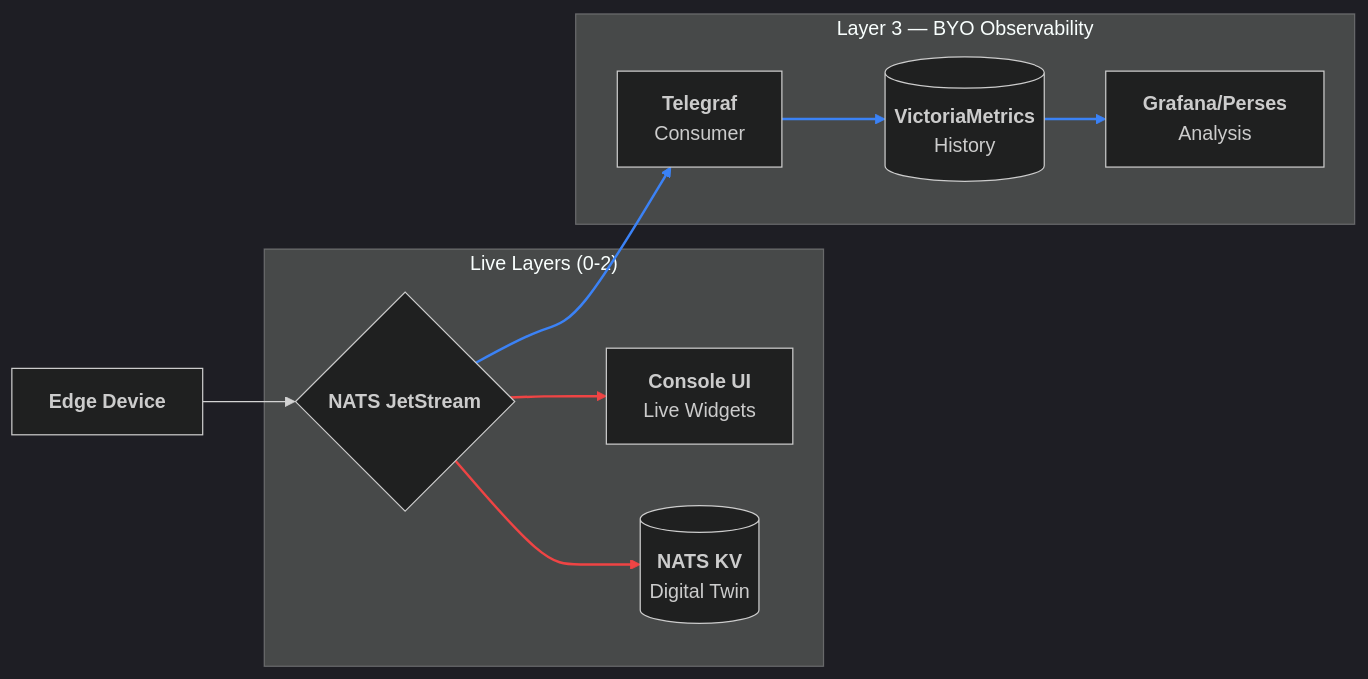
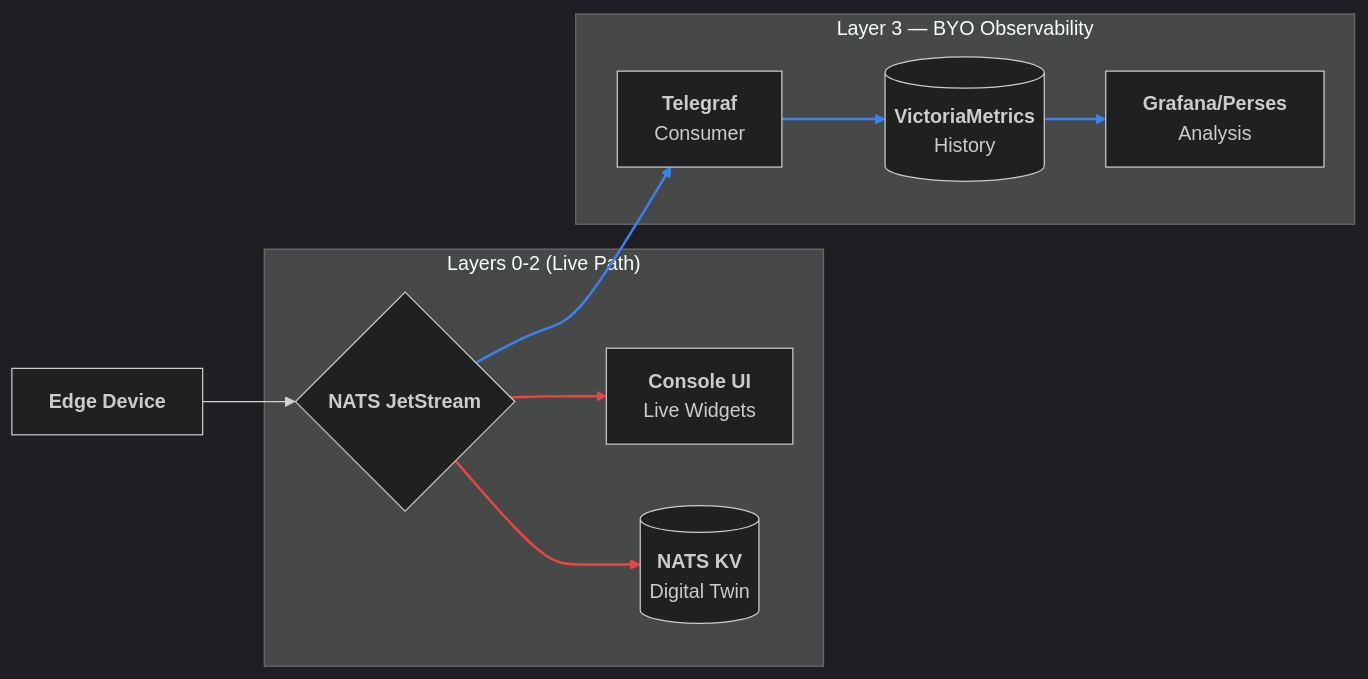
Before and after one commit to stone-age-io/platform-docs: the diagram in docs/observability.md, drawn with Mermaid (dark theme). The commit also changed other lines of this file and 10 other files, not shown here.

````diff
--- a/docs/observability.md
+++ b/docs/observability.md
@@ -67,40 +67,40 @@
 ```mermaid
 flowchart LR
     Source["<b>Edge Device</b>"] 
     
-    subgraph Platform ["Live Layers (0-2)"]
+    subgraph Platform ["Layers 0-2 (Live Path)"]
         Bus{"<b>NATS JetStream</b>"}
         UI["<b>Console UI</b><br/>Live Widgets"]
         KV[("<b>NATS KV</b><br/>Digital Twin")]
     end
 
     subgraph BYO ["Layer 3 — BYO Observability"]
         Telegraf["<b>Telegraf</b><br/>Consumer"]
         TSDB[("<b>VictoriaMetrics</b><br/>History")]
         Grafana["<b>Grafana/Perses</b><br/>Analysis"]
     end
 
     %% Flow
     Source --> Bus
     
     %% Hot Path
     Bus --> UI
     Bus --> KV
     
     %% Cold Path
     Bus --> Telegraf
     Telegraf --> TSDB
     TSDB --> Grafana
 
     class Bus,UI,KV platform;
     class Telegraf,TSDB,Grafana byo;
     
     %% Hot Path Styling (Red)
     linkStyle 1 stroke:#ef4444,stroke-width:2px;
     linkStyle 2 stroke:#ef4444,stroke-width:2px;
     
     %% Cold Path Styling (Blue)
     linkStyle 3 stroke:#3b82f6,stroke-width:2px;
     linkStyle 4 stroke:#3b82f6,stroke-width:2px;
     linkStyle 5 stroke:#3b82f6,stroke-width:2px;
 ```
````
